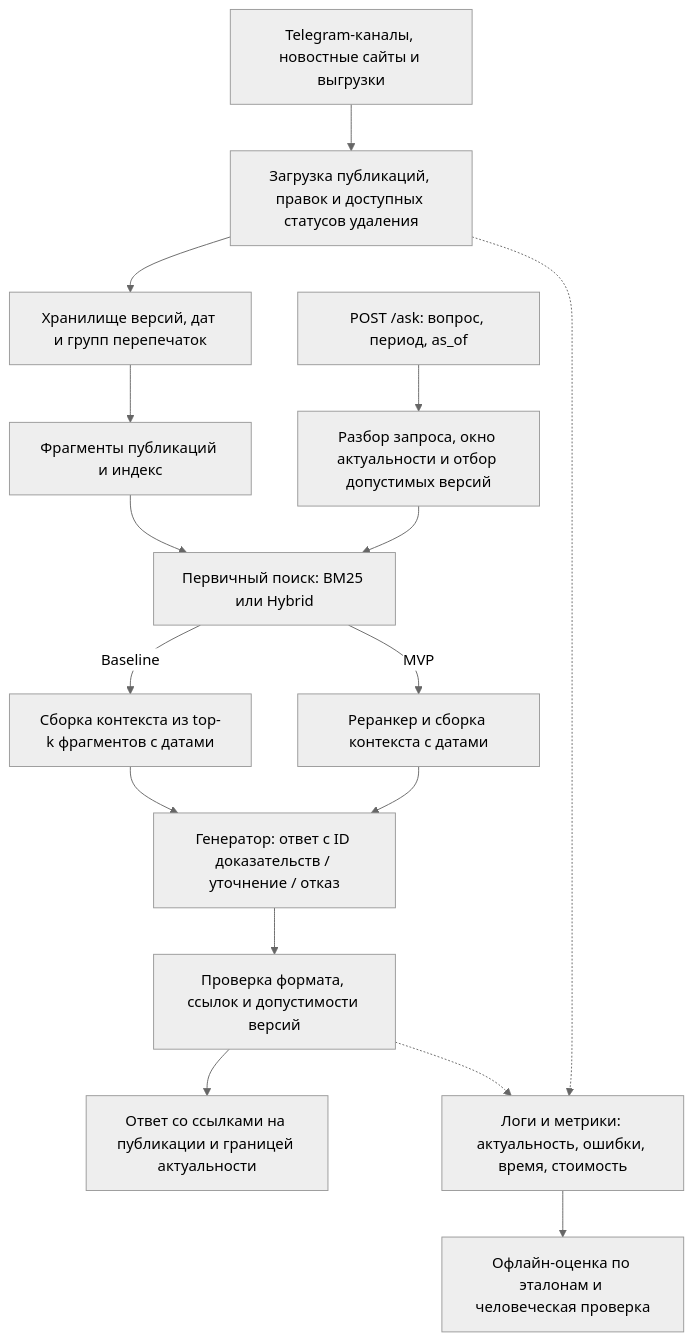
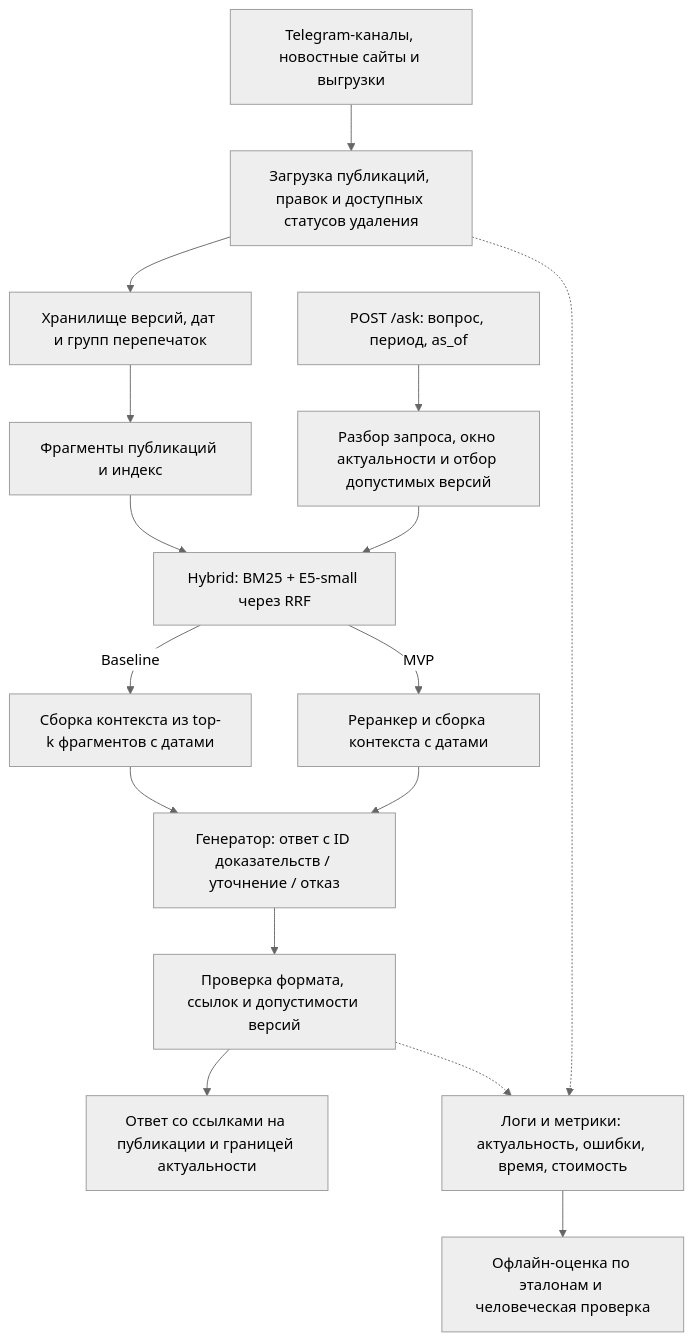
The diagram in docs/ml_system_design_doc.md (bruhwalk/news-rag), drawn with Mermaid (neutral theme) before and after one commit. The commit also changed other lines of this file and 27 other files, not shown here.

````diff
--- a/docs/ml_system_design_doc.md
+++ b/docs/ml_system_design_doc.md
@@ -137,18 +136,18 @@
 ```mermaid
 flowchart TD
     TG["Telegram-каналы, новостные сайты и выгрузки"] --> ING["Загрузка публикаций, правок и доступных статусов удаления"]
     ING --> V["Хранилище версий, дат и групп перепечаток"]
     V --> IDX["Фрагменты публикаций и индекс"]
     Q["POST /ask: вопрос, период, as_of"] --> TF["Разбор запроса, окно актуальности и отбор допустимых версий"]
-    IDX --> RET["Первичный поиск: BM25 или Hybrid"]
+    IDX --> RET["Hybrid: BM25 + E5-small через RRF"]
     TF --> RET
     RET -->|Baseline| BASE["Сборка контекста из top-k фрагментов с датами"]
     RET -->|MVP| RR["Реранкер и сборка контекста с датами"]
     BASE --> G["Генератор: ответ с ID доказательств / уточнение / отказ"]
     RR --> G
     G --> CHECK["Проверка формата, ссылок и допустимости версий"]
     CHECK --> OUT["Ответ со ссылками на публикации и границей актуальности"]
     ING -.-> LOG["Логи и метрики: актуальность, ошибки, время, стоимость"]
     CHECK -.-> LOG
     LOG --> EVAL["Офлайн-оценка по эталонам и человеческая проверка"]
 ```
````
